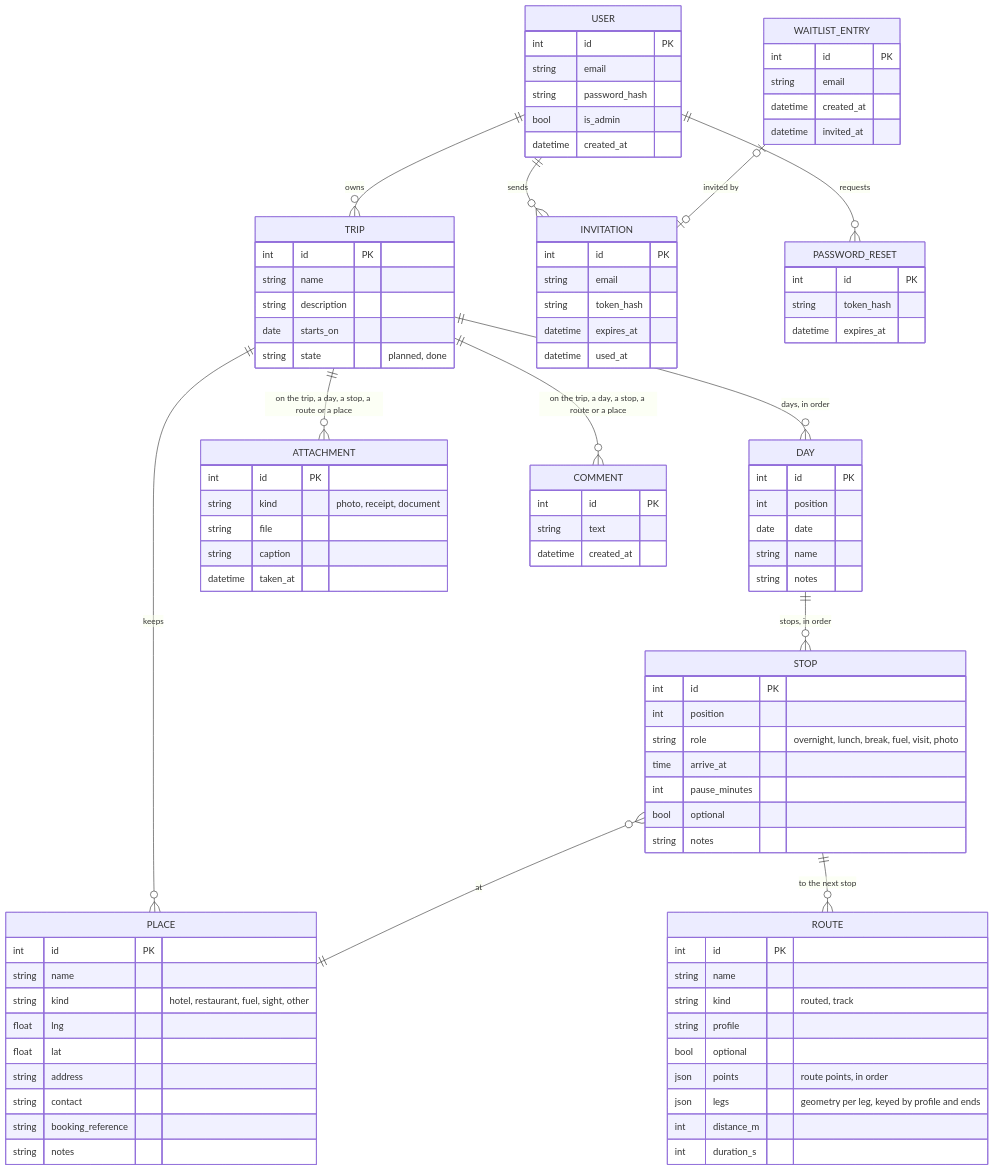
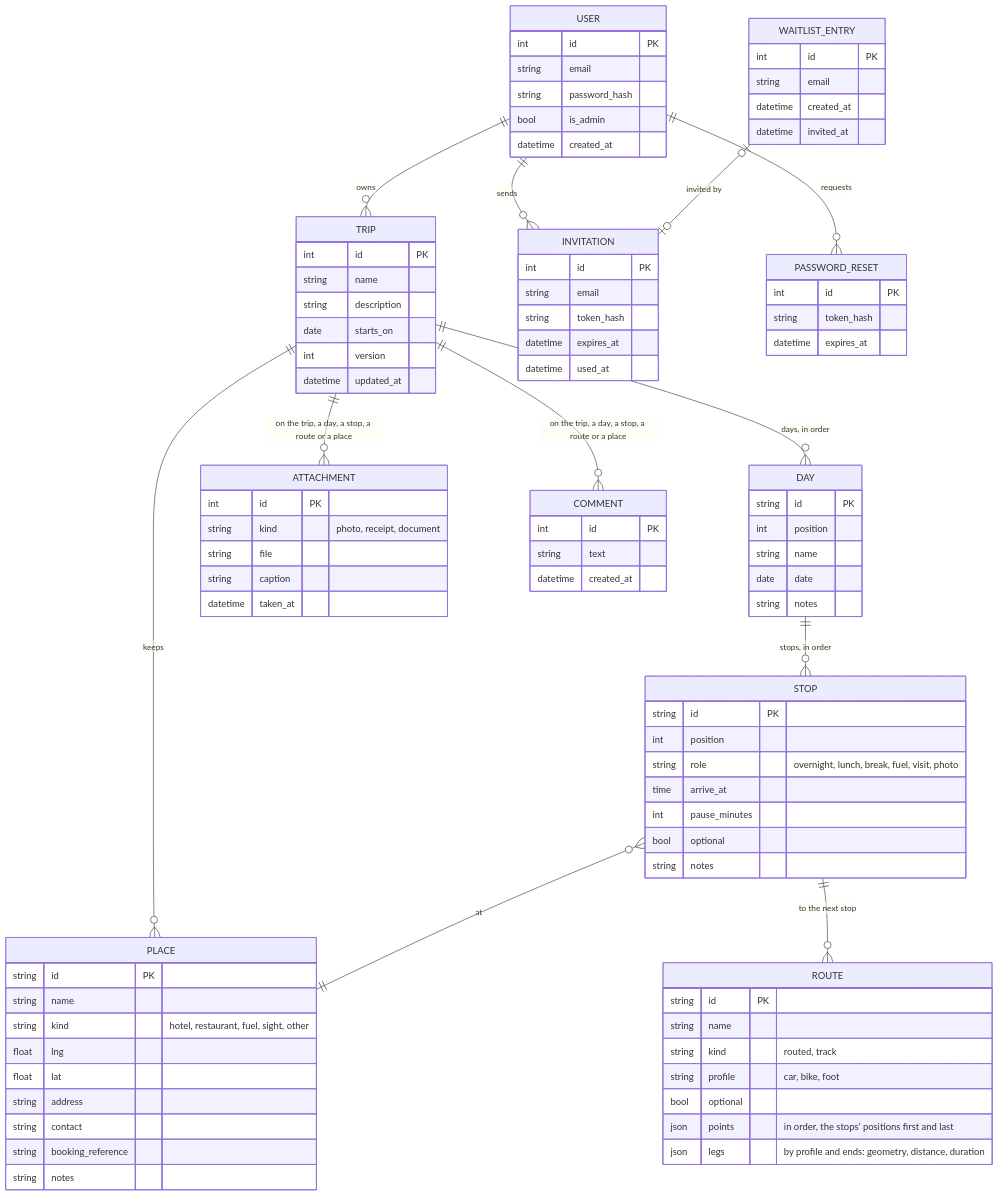
Before and after one commit to c0dev0id/TripPlanner: the third of 3 diagrams in .github/architecture.md, drawn with Mermaid. The commit also changed other lines of this file and 6 other files, not shown here.

```diff
--- a/.github/architecture.md
+++ b/.github/architecture.md
@@ -114,17 +126,18 @@
     string name
     string description
     date starts_on
-    string state "planned, done"
+    int version
+    datetime updated_at
   }
   DAY {
-    int id PK
+    string id PK
     int position
+    string name
     date date
-    string name
     string notes
   }
   PLACE {
-    int id PK
+    string id PK
     string name
     string kind "hotel, restaurant, fuel, sight, other"
     float lng
@@ -135,7 +148,7 @@
     string notes
   }
   STOP {
-    int id PK
+    string id PK
     int position
     string role "overnight, lunch, break, fuel, visit, photo"
     time arrive_at
@@ -144,15 +157,13 @@
     string notes
   }
   ROUTE {
-    int id PK
+    string id PK
     string name
     string kind "routed, track"
-    string profile
+    string profile "car, bike, foot"
     bool optional
-    json points "route points, in order"
-    json legs "geometry per leg, keyed by profile and ends"
-    int distance_m
-    int duration_s
+    json points "in order, the stops' positions first and last"
+    json legs "by profile and ends: geometry, distance, duration"
   }
   ATTACHMENT {
     int id PK
```
